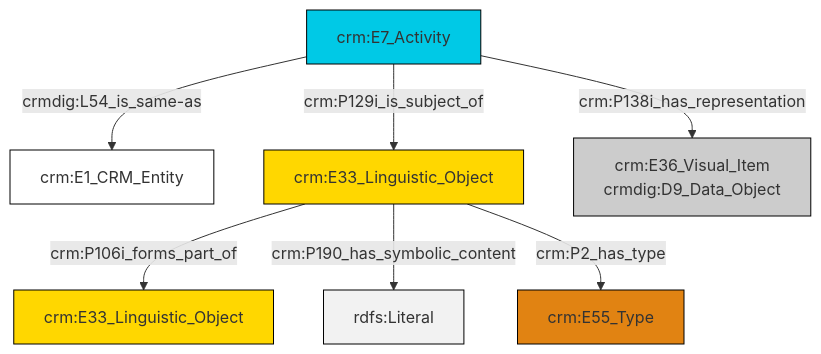
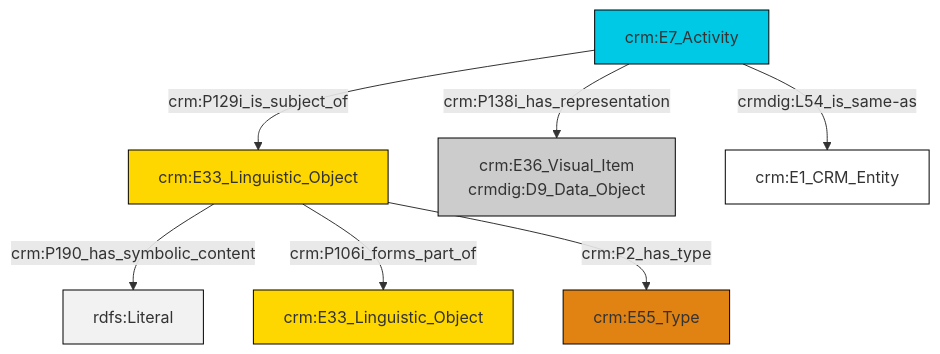
One commit to swiss-art-research-net/reference-data-models changed the diagram in et/eventCSV/ttl/mmd/event_documentation.ttl.mmd. Above: the diagram before and after it, drawn with Mermaid. The commit also changed 125 other files, not shown here.

```diff
--- a/et/eventCSV/ttl/mmd/event_documentation.ttl.mmd
+++ b/et/eventCSV/ttl/mmd/event_documentation.ttl.mmd
@@ -1,21 +1,21 @@
 graph TD
 classDef Literal fill:#f2f2f2,stroke:#000000;
 classDef CRM_Entity fill:#FFFFFF,stroke:#000000;
 classDef Temporal_Entity fill:#00C9E6, stroke:#000000;
 classDef Type fill:#E18312, stroke:#000000;
 classDef Time-Span fill:#2C9C91, stroke:#000000;
 classDef Appellation fill:#FFEB7F, stroke:#000000;
 classDef Place fill:#008836, stroke:#000000;
 classDef Persistent_Item fill:#B266B2, stroke:#000000;
 classDef Conceptual_Object fill:#FFD700, stroke:#000000;
 classDef Physical_Thing fill:#D2B48C, stroke:#000000;
 classDef Actor fill:#f58aad, stroke:#000000;
 classDef PC_Classes fill:#4ce600, stroke:#000000;
 classDef Multi fill:#cccccc,stroke:#000000;
 
-2["crm:E7_Activity"]:::Temporal_Entity -->|crm:P129i_is_subject_of| 3["crm:E33_Linguistic_Object"]:::Conceptual_Object
-2["crm:E7_Activity"]:::Temporal_Entity -->|crmdig:L54_is_same-as| 0["crm:E1_CRM_Entity"]:::CRM_Entity
-3["crm:E33_Linguistic_Object"]:::Conceptual_Object -->|crm:P106i_forms_part_of| 4["crm:E33_Linguistic_Object"]:::Conceptual_Object
-3["crm:E33_Linguistic_Object"]:::Conceptual_Object -->|crm:P190_has_symbolic_content| 12[rdfs:Literal]:::Literal
-3["crm:E33_Linguistic_Object"]:::Conceptual_Object -->|crm:P2_has_type| 9["crm:E55_Type"]:::Type
-2["crm:E7_Activity"]:::Temporal_Entity -->|crm:P138i_has_representation| 7["crm:E36_Visual_Item<br>crmdig:D9_Data_Object"]:::Multi
+0["crm:E33_Linguistic_Object"]:::Conceptual_Object -->|crm:P190_has_symbolic_content| 1[rdfs:Literal]:::Literal
+0["crm:E33_Linguistic_Object"]:::Conceptual_Object -->|crm:P106i_forms_part_of| 6["crm:E33_Linguistic_Object"]:::Conceptual_Object
+8["crm:E7_Activity"]:::Temporal_Entity -->|crmdig:L54_is_same-as| 9["crm:E1_CRM_Entity"]:::CRM_Entity
+8["crm:E7_Activity"]:::Temporal_Entity -->|crm:P138i_has_representation| 2["crm:E36_Visual_Item<br>crmdig:D9_Data_Object"]:::Multi
+8["crm:E7_Activity"]:::Temporal_Entity -->|crm:P129i_is_subject_of| 0["crm:E33_Linguistic_Object"]:::Conceptual_Object
+0["crm:E33_Linguistic_Object"]:::Conceptual_Object -->|crm:P2_has_type| 4["crm:E55_Type"]:::Type
```
